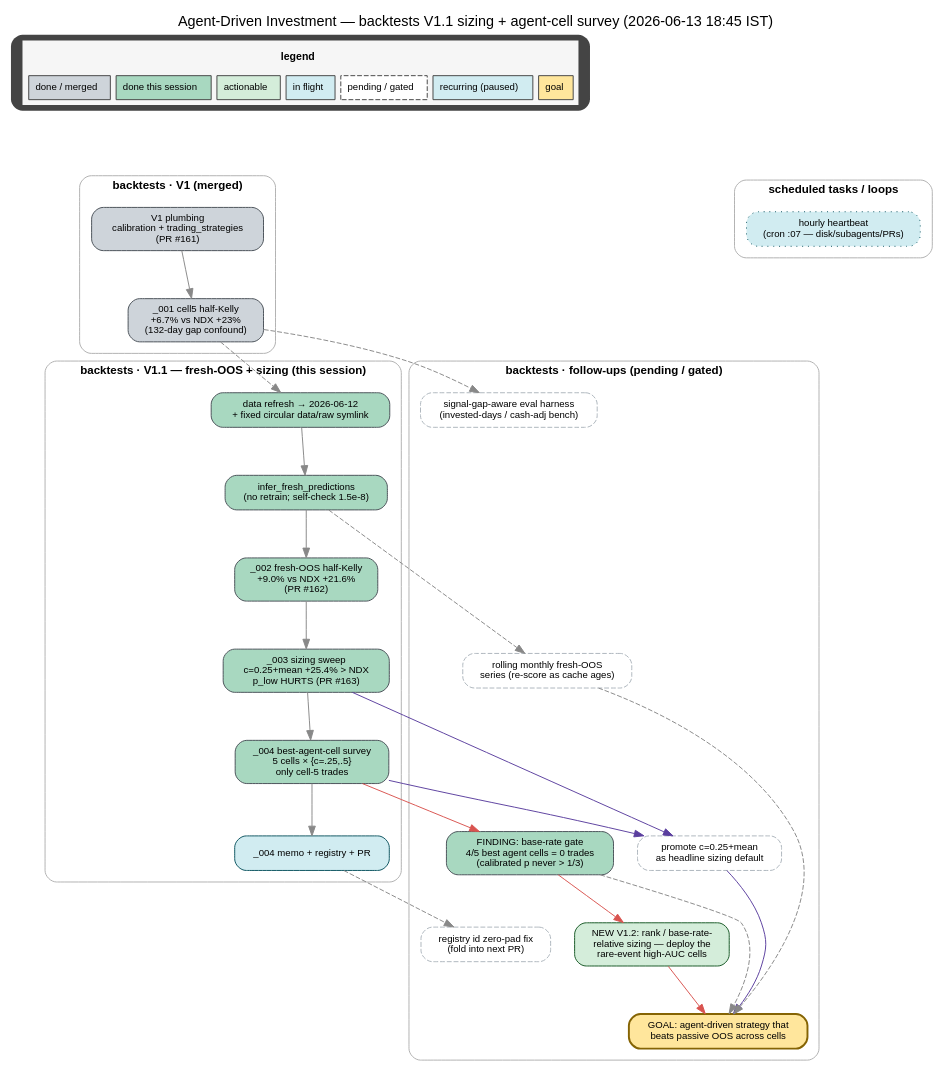
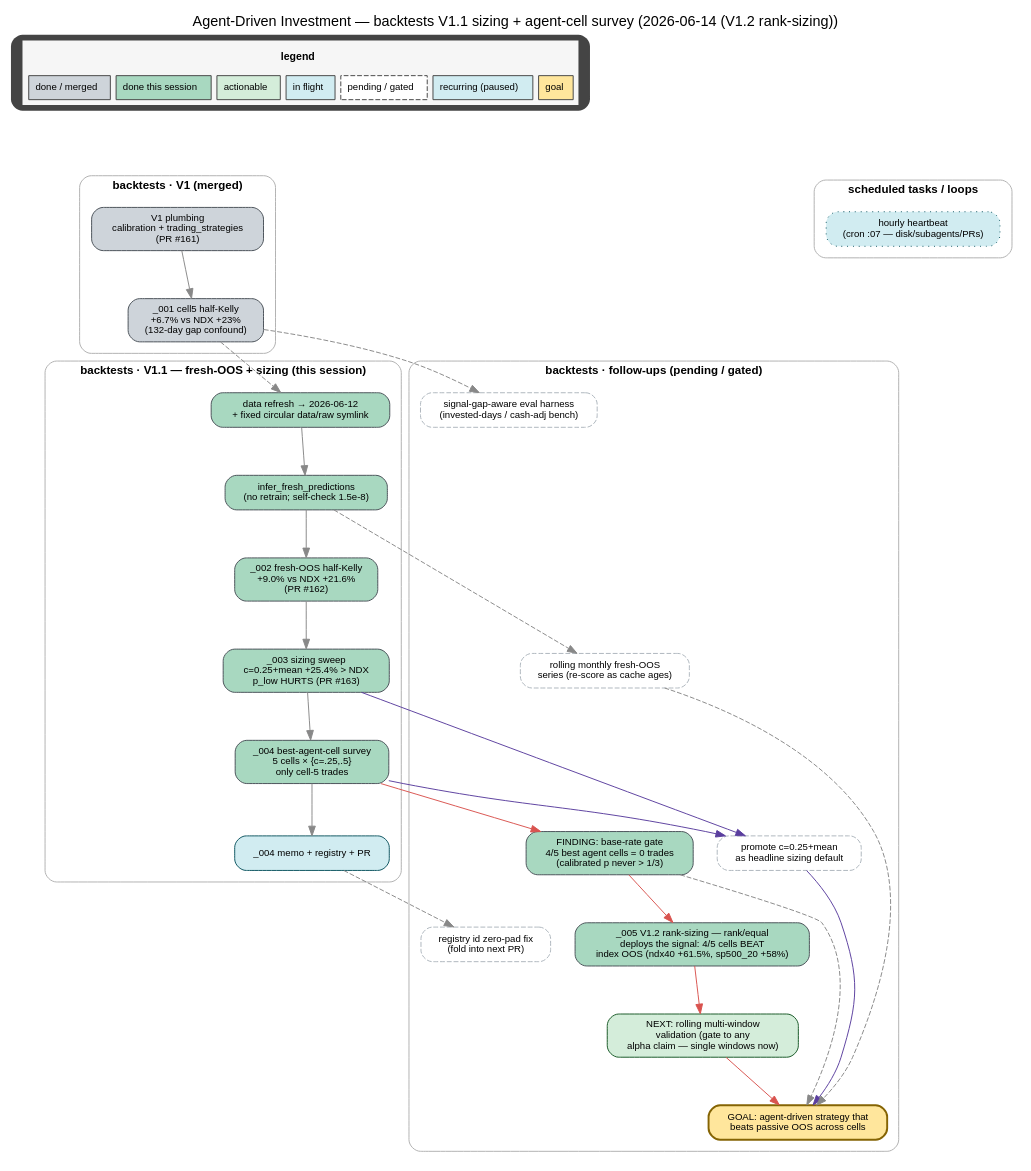
One commit to shayanrc/agent-driven-investment changed the diagram in docs/backtests/figs/deps_graph.dot. Above: the diagram before and after it, drawn with Graphviz. The commit also changed 49 other files, not shown here.

First line of the commit message:
backtests: V1.2 rank-sizing — deploy the ranking on rare-event cells (_005)

```diff
--- a/docs/backtests/figs/deps_graph.dot
+++ b/docs/backtests/figs/deps_graph.dot
@@ -1,89 +1,91 @@
 digraph deps {
   rankdir=TB;
   newrank=true;
   graph [fontname="Helvetica", bgcolor="white", splines=true, nodesep=0.35, ranksep=0.7,
          labelloc="t", fontsize=15,
-         label="Agent-Driven Investment — backtests V1.1 sizing + agent-cell survey (2026-06-13 18:45 IST)"];
+         label="Agent-Driven Investment — backtests V1.1 sizing + agent-cell survey (2026-06-14 (V1.2 rank-sizing))"];
   node [shape=box, style="rounded,filled", fontname="Helvetica", fontsize=10, margin="0.16,0.09", color="#444444"];
   edge [fontname="Helvetica", fontsize=8, color="#888888"];
 
   /* ---------- legend ---------- */
   legend [shape=plaintext, label=<
     <TABLE BORDER="0" CELLBORDER="1" CELLSPACING="6" CELLPADDING="6" BGCOLOR="#f6f6f6">
       <TR><TD COLSPAN="7" BORDER="0"><FONT FACE="Helvetica" POINT-SIZE="11"><B>legend</B></FONT></TD></TR>
       <TR>
         <TD BGCOLOR="#ced4da"><FONT FACE="Helvetica" POINT-SIZE="10">done / merged</FONT></TD>
         <TD BGCOLOR="#a8d8c0"><FONT FACE="Helvetica" POINT-SIZE="10">done this session</FONT></TD>
         <TD BGCOLOR="#d4edda"><FONT FACE="Helvetica" POINT-SIZE="10">actionable</FONT></TD>
         <TD BGCOLOR="#d1ecf1"><FONT FACE="Helvetica" POINT-SIZE="10">in flight</FONT></TD>
         <TD BGCOLOR="#ffffff" STYLE="dashed"><FONT FACE="Helvetica" POINT-SIZE="10">pending / gated</FONT></TD>
         <TD BGCOLOR="#d1ecf1"><FONT FACE="Helvetica" POINT-SIZE="10">recurring (paused)</FONT></TD>
         <TD BGCOLOR="#ffe69c"><FONT FACE="Helvetica" POINT-SIZE="10">goal</FONT></TD>
       </TR>
     </TABLE>
   >];
   spacer_L [shape=point, width=0.01, style=invis];
   spacer_C [shape=point, width=0.01, style=invis];
   spacer_R [shape=point, width=0.01, style=invis];
   {rank=min;  legend;}
   {rank=same; spacer_L; spacer_C; spacer_R;}
   legend -> spacer_L [style=invis, weight=1];
   legend -> spacer_C [style=invis, weight=100];
   legend -> spacer_R [style=invis, weight=1];
 
   /* ---------- cluster: V1 (merged) ---------- */
   subgraph cluster_v1 { label="backtests · V1 (merged)"; labelloc="t"; fontsize=12; fontname="Helvetica-Bold"; style="rounded"; color="#b0b0b0"; margin=12;
     PLUMBING [label="V1 plumbing\ncalibration + trading_strategies\n(PR #161)", fillcolor="#ced4da", color="#495057"];
     M001 [label="_001 cell5 half-Kelly\n+6.7% vs NDX +23%\n(132-day gap confound)", fillcolor="#ced4da", color="#495057"];
   }
 
   /* ---------- cluster: V1.1 this session ---------- */
   subgraph cluster_session { label="backtests · V1.1 — fresh-OOS + sizing (this session)"; labelloc="t"; fontsize=12; fontname="Helvetica-Bold"; style="rounded"; color="#b0b0b0"; margin=12;
     REFRESH [label="data refresh → 2026-06-12\n+ fixed circular data/raw symlink", fillcolor="#a8d8c0", color="#495057"];
     INFER [label="infer_fresh_predictions\n(no retrain; self-check 1.5e-8)", fillcolor="#a8d8c0", color="#495057"];
     M002 [label="_002 fresh-OOS half-Kelly\n+9.0% vs NDX +21.6%\n(PR #162)", fillcolor="#a8d8c0", color="#495057"];
     M003 [label="_003 sizing sweep\nc=0.25+mean +25.4% > NDX\np_low HURTS (PR #163)", fillcolor="#a8d8c0", color="#495057"];
     M004 [label="_004 best-agent-cell survey\n5 cells × {c=.25,.5}\nonly cell-5 trades", fillcolor="#a8d8c0", color="#495057"];
     M004DOC [label="_004 memo + registry + PR", fillcolor="#d1ecf1", color="#0c5460"];
   }
 
   /* ---------- cluster: follow-ups (pending) ---------- */
   subgraph cluster_follow { label="backtests · follow-ups (pending / gated)"; labelloc="t"; fontsize=12; fontname="Helvetica-Bold"; style="rounded"; color="#b0b0b0"; margin=12;
     PROMOTE [label="promote c=0.25+mean\nas headline sizing default", fillcolor="#ffffff", color="#adb5bd", style="rounded,filled,dashed"];
     BREAKEVEN [label="FINDING: base-rate gate\n4/5 best agent cells = 0 trades\n(calibrated p never > 1/3)", fillcolor="#a8d8c0", color="#495057"];
-    RANKSIZE [label="NEW V1.2: rank / base-rate-\nrelative sizing — deploy the\nrare-event high-AUC cells", fillcolor="#d4edda", color="#155724"];
+    RANKSIZE [label="_005 V1.2 rank-sizing — rank/equal\ndeploys the signal: 4/5 cells BEAT\nindex OOS (ndx40 +61.5%, sp500_20 +58%)", fillcolor="#a8d8c0", color="#495057"];
+    ROLLVAL [label="NEXT: rolling multi-window\nvalidation (gate to any\nalpha claim — single windows now)", fillcolor="#d4edda", color="#155724"];
     ROLLING [label="rolling monthly fresh-OOS\nseries (re-score as cache ages)", fillcolor="#ffffff", color="#adb5bd", style="rounded,filled,dashed"];
     GAPEVAL [label="signal-gap-aware eval harness\n(invested-days / cash-adj bench)", fillcolor="#ffffff", color="#adb5bd", style="rounded,filled,dashed"];
     IDFIX [label="registry id zero-pad fix\n(fold into next PR)", fillcolor="#ffffff", color="#adb5bd", style="rounded,filled,dashed"];
     GOAL [label="GOAL: agent-driven strategy that\nbeats passive OOS across cells", fillcolor="#ffe69c", color="#856404", penwidth=2];
   }
 
   /* ---------- cluster: scheduled ---------- */
   subgraph cluster_sched { label="scheduled tasks / loops"; labelloc="t"; fontsize=12; fontname="Helvetica-Bold"; style="rounded"; color="#b0b0b0"; margin=12;
     WAKE [label="hourly heartbeat\n(cron :07 — disk/subagents/PRs)", fillcolor="#d1ecf1", color="#0c5460", style="rounded,filled,dotted"];
   }
 
   /* anchors: every cluster top node pulled from a spacer */
   spacer_L -> PLUMBING [style=invis, weight=100];
   spacer_C -> REFRESH  [style=invis, weight=100];
   spacer_R -> PROMOTE  [style=invis, weight=100];
   spacer_R -> WAKE     [style=invis, weight=20];
 
   /* ---------- dependency edges ---------- */
   PLUMBING -> M001;
   M001 -> REFRESH [style=dashed];
   REFRESH -> INFER -> M002 -> M003;
   M003 -> M004;
   M004 -> M004DOC;
   M003 -> PROMOTE [color="#5a3e9e"];
   M004 -> PROMOTE [color="#5a3e9e"];
   M004 -> BREAKEVEN [color="#d9534f"];
   BREAKEVEN -> RANKSIZE [color="#d9534f"];
-  RANKSIZE -> GOAL [color="#d9534f"];
+  RANKSIZE -> ROLLVAL [color="#d9534f"];
+  ROLLVAL -> GOAL [color="#d9534f"];
   INFER -> ROLLING [style=dashed];
   M001 -> GAPEVAL [style=dashed];
   M004DOC -> IDFIX [style=dashed];
   PROMOTE -> GOAL [color="#5a3e9e"];
   ROLLING -> GOAL [style=dashed];
   BREAKEVEN -> GOAL [style=dashed];
 }
```
